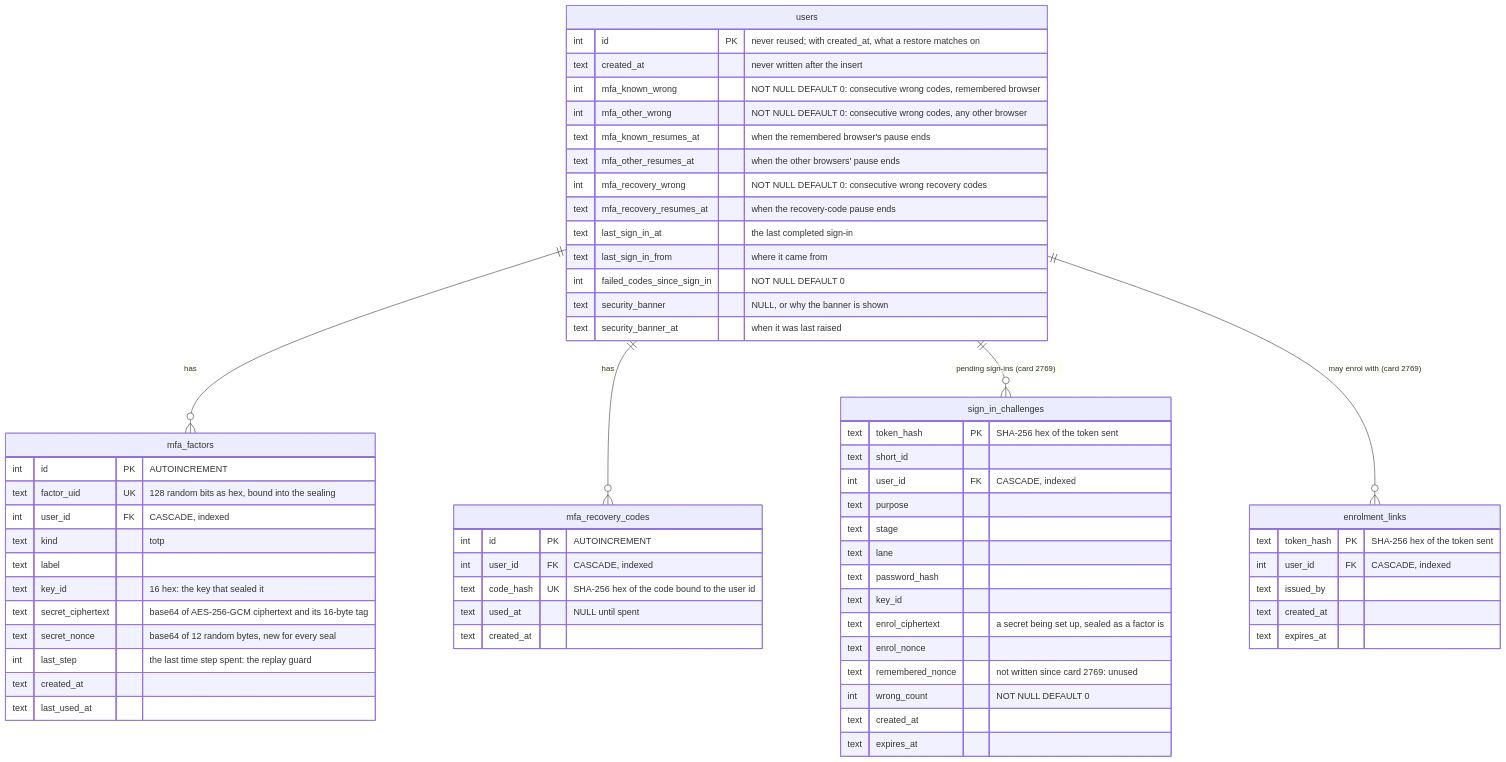
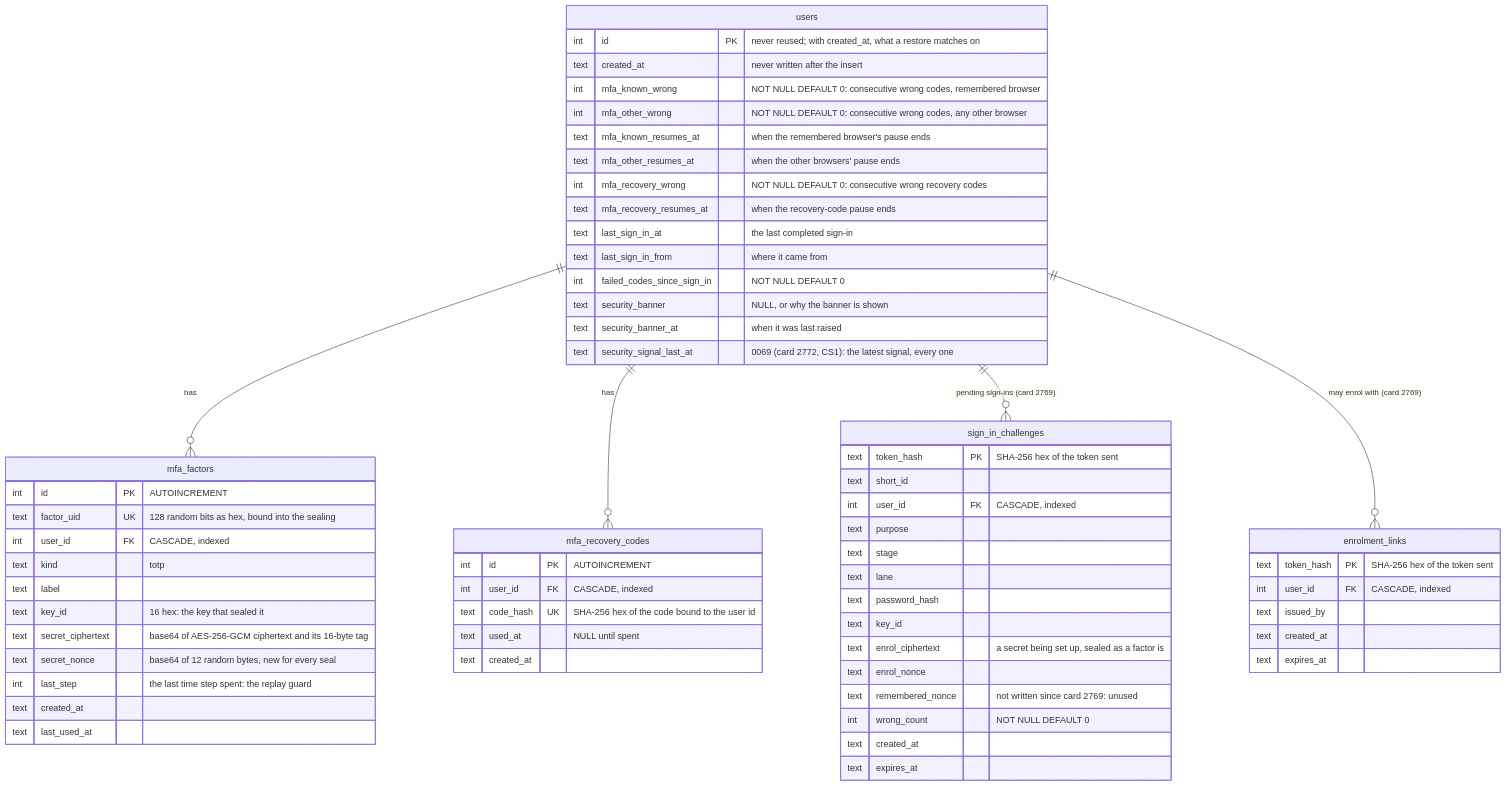
Before and after one commit to gitBoon/DumpFire: diagram 14 of 39 in docs/data-model.md, drawn with Mermaid. The commit also changed other lines of this file and 63 other files, not shown here.

````diff
--- a/docs/data-model.md
+++ b/docs/data-model.md
@@ -1244,65 +1248,66 @@
 ```mermaid
 erDiagram
     users ||--o{ mfa_factors : "has"
     users ||--o{ mfa_recovery_codes : "has"
     users ||--o{ sign_in_challenges : "pending sign-ins (card 2769)"
     users ||--o{ enrolment_links : "may enrol with (card 2769)"
     users {
         int id PK "never reused; with created_at, what a restore matches on"
         text created_at "never written after the insert"
         int mfa_known_wrong "NOT NULL DEFAULT 0: consecutive wrong codes, remembered browser"
         int mfa_other_wrong "NOT NULL DEFAULT 0: consecutive wrong codes, any other browser"
         text mfa_known_resumes_at "when the remembered browser's pause ends"
         text mfa_other_resumes_at "when the other browsers' pause ends"
         int mfa_recovery_wrong "NOT NULL DEFAULT 0: consecutive wrong recovery codes"
         text mfa_recovery_resumes_at "when the recovery-code pause ends"
         text last_sign_in_at "the last completed sign-in"
         text last_sign_in_from "where it came from"
         int failed_codes_since_sign_in "NOT NULL DEFAULT 0"
         text security_banner "NULL, or why the banner is shown"
         text security_banner_at "when it was last raised"
+        text security_signal_last_at "0069 (card 2772, CS1): the latest signal, every one"
     }
     mfa_factors {
         int id PK "AUTOINCREMENT"
         text factor_uid UK "128 random bits as hex, bound into the sealing"
         int user_id FK "CASCADE, indexed"
         text kind "totp"
         text label
         text key_id "16 hex: the key that sealed it"
         text secret_ciphertext "base64 of AES-256-GCM ciphertext and its 16-byte tag"
         text secret_nonce "base64 of 12 random bytes, new for every seal"
         int last_step "the last time step spent: the replay guard"
         text created_at
         text last_used_at
     }
     mfa_recovery_codes {
         int id PK "AUTOINCREMENT"
         int user_id FK "CASCADE, indexed"
         text code_hash UK "SHA-256 hex of the code bound to the user id"
         text used_at "NULL until spent"
         text created_at
     }
     sign_in_challenges {
         text token_hash PK "SHA-256 hex of the token sent"
         text short_id
         int user_id FK "CASCADE, indexed"
         text purpose
         text stage
         text lane
         text password_hash
         text key_id
         text enrol_ciphertext "a secret being set up, sealed as a factor is"
         text enrol_nonce
         text remembered_nonce "not written since card 2769: unused"
         int wrong_count "NOT NULL DEFAULT 0"
         text created_at
         text expires_at
     }
     enrolment_links {
         text token_hash PK "SHA-256 hex of the token sent"
         int user_id FK "CASCADE, indexed"
         text issued_by
         text created_at
         text expires_at
     }
 ```
````
